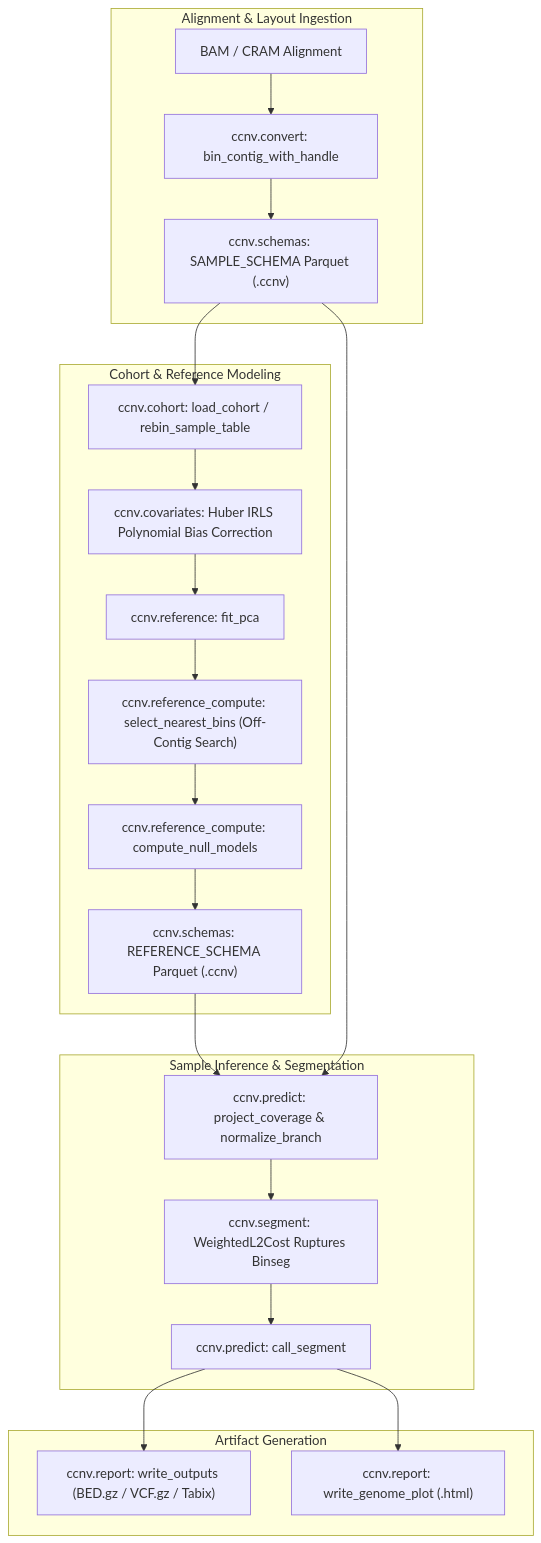
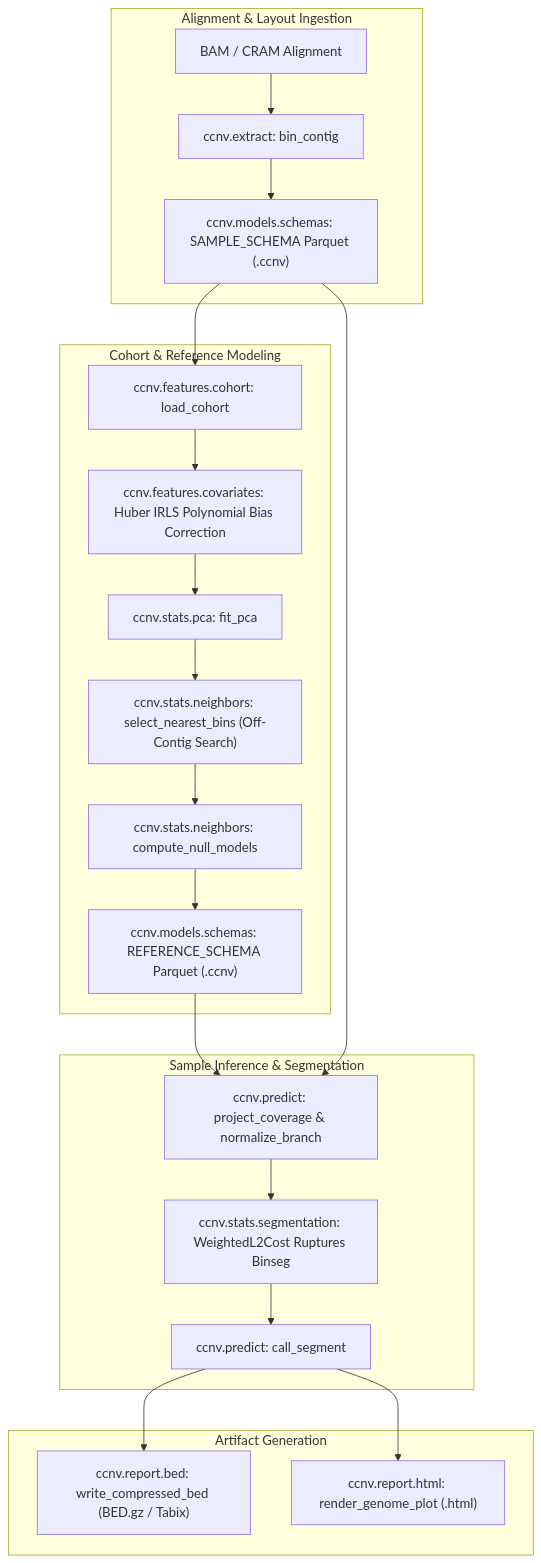
The diagram in src/ccnv/README.md (matthdsm/ccnv), drawn with Mermaid before and after one commit. The commit also changed other lines of this file and 99 other files, not shown here.

````diff
--- a/src/ccnv/README.md
+++ b/src/ccnv/README.md
@@ -7,25 +7,25 @@
 ```mermaid
 flowchart TD
     subgraph Ingestion["Alignment & Layout Ingestion"]
-        A["BAM / CRAM Alignment"] --> B["ccnv.convert: bin_contig_with_handle"]
-        B --> C["ccnv.schemas: SAMPLE_SCHEMA Parquet (.ccnv)"]
+        A["BAM / CRAM Alignment"] --> B["ccnv.extract: bin_contig"]
+        B --> C["ccnv.models.schemas: SAMPLE_SCHEMA Parquet (.ccnv)"]
     end
     subgraph ReferenceModeling["Cohort & Reference Modeling"]
-        C --> D["ccnv.cohort: load_cohort / rebin_sample_table"]
-        D --> E["ccnv.covariates: Huber IRLS Polynomial Bias Correction"]
-        E --> F["ccnv.reference: fit_pca"]
-        F --> G["ccnv.reference_compute: select_nearest_bins (Off-Contig Search)"]
-        G --> H["ccnv.reference_compute: compute_null_models"]
-        H --> I["ccnv.schemas: REFERENCE_SCHEMA Parquet (.ccnv)"]
+        C --> D["ccnv.features.cohort: load_cohort"]
+        D --> E["ccnv.features.covariates: Huber IRLS Polynomial Bias Correction"]
+        E --> F["ccnv.stats.pca: fit_pca"]
+        F --> G["ccnv.stats.neighbors: select_nearest_bins (Off-Contig Search)"]
+        G --> H["ccnv.stats.neighbors: compute_null_models"]
+        H --> I["ccnv.models.schemas: REFERENCE_SCHEMA Parquet (.ccnv)"]
     end
     subgraph Inference["Sample Inference & Segmentation"]
         I --> J["ccnv.predict: project_coverage & normalize_branch"]
         C --> J
-        J --> K["ccnv.segment: WeightedL2Cost Ruptures Binseg"]
+        J --> K["ccnv.stats.segmentation: WeightedL2Cost Ruptures Binseg"]
         K --> L["ccnv.predict: call_segment"]
     end
     subgraph Reporting["Artifact Generation"]
-        L --> M["ccnv.report: write_outputs (BED.gz / VCF.gz / Tabix)"]
-        L --> N["ccnv.report: write_genome_plot (.html)"]
+        L --> M["ccnv.report.bed: write_compressed_bed (BED.gz / Tabix)"]
+        L --> N["ccnv.report.html: render_genome_plot (.html)"]
     end
 ```
````
